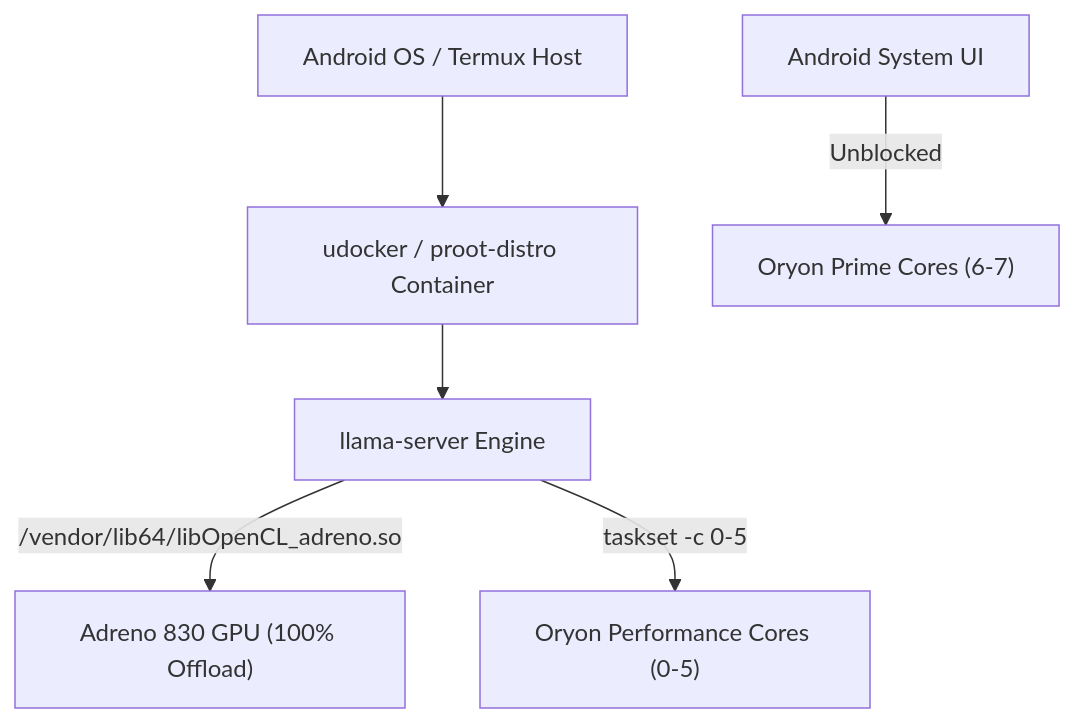
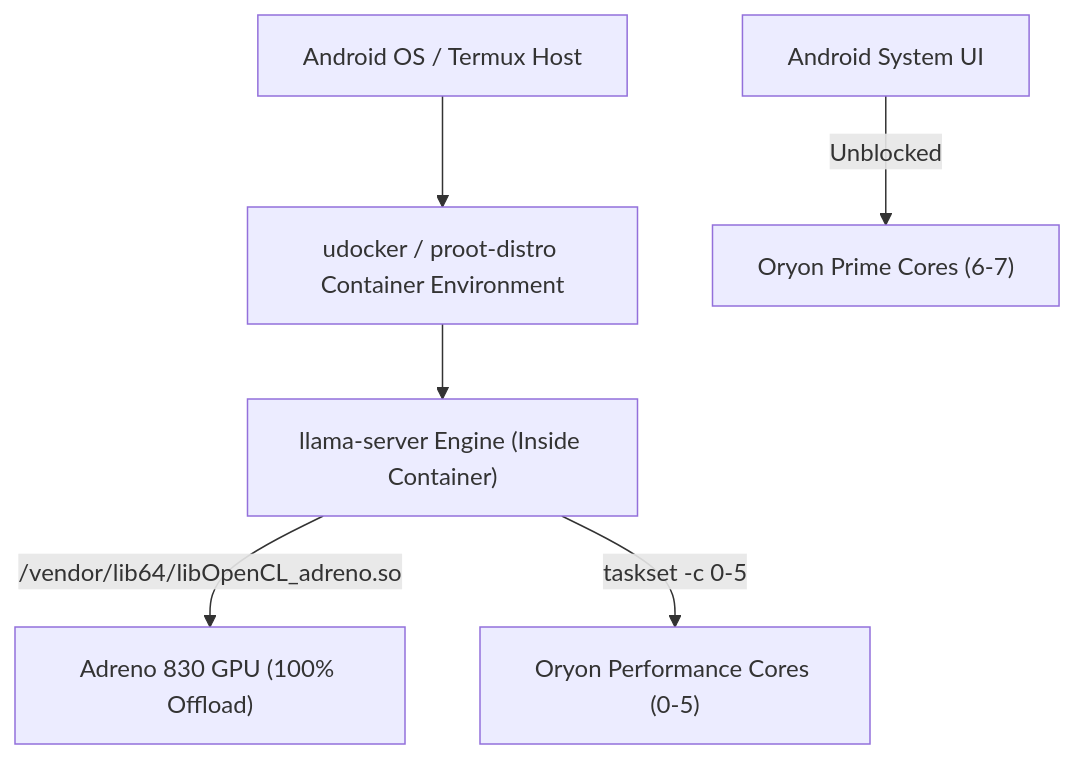
One commit to mateusoro/llama-android-container changed the diagram in README.md. Above: the diagram before and after it, drawn with Mermaid. The commit also changed other lines of this file and 3 other files, not shown here.

````diff
--- a/README.md
+++ b/README.md
@@ -14,8 +14,8 @@
 ```mermaid
 graph TD
-    A["Android OS / Termux Host"] --> B["udocker / proot-distro Container"]
-    B --> C["llama-server Engine"]
+    A["Android OS / Termux Host"] --> B["udocker / proot-distro Container Environment"]
+    B --> C["llama-server Engine (Inside Container)"]
     C -->|"/vendor/lib64/libOpenCL_adreno.so"| D["Adreno 830 GPU (100% Offload)"]
     C -->|"taskset -c 0-5"| E["Oryon Performance Cores (0-5)"]
     F["Android System UI"] -->|Unblocked| G["Oryon Prime Cores (6-7)"]
 ```
````
